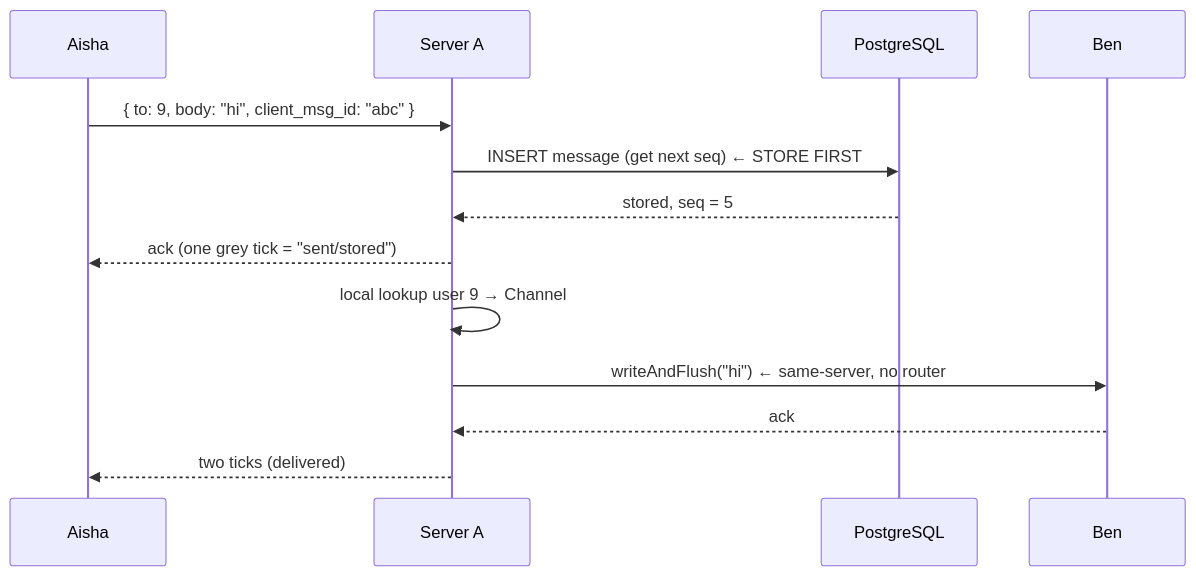
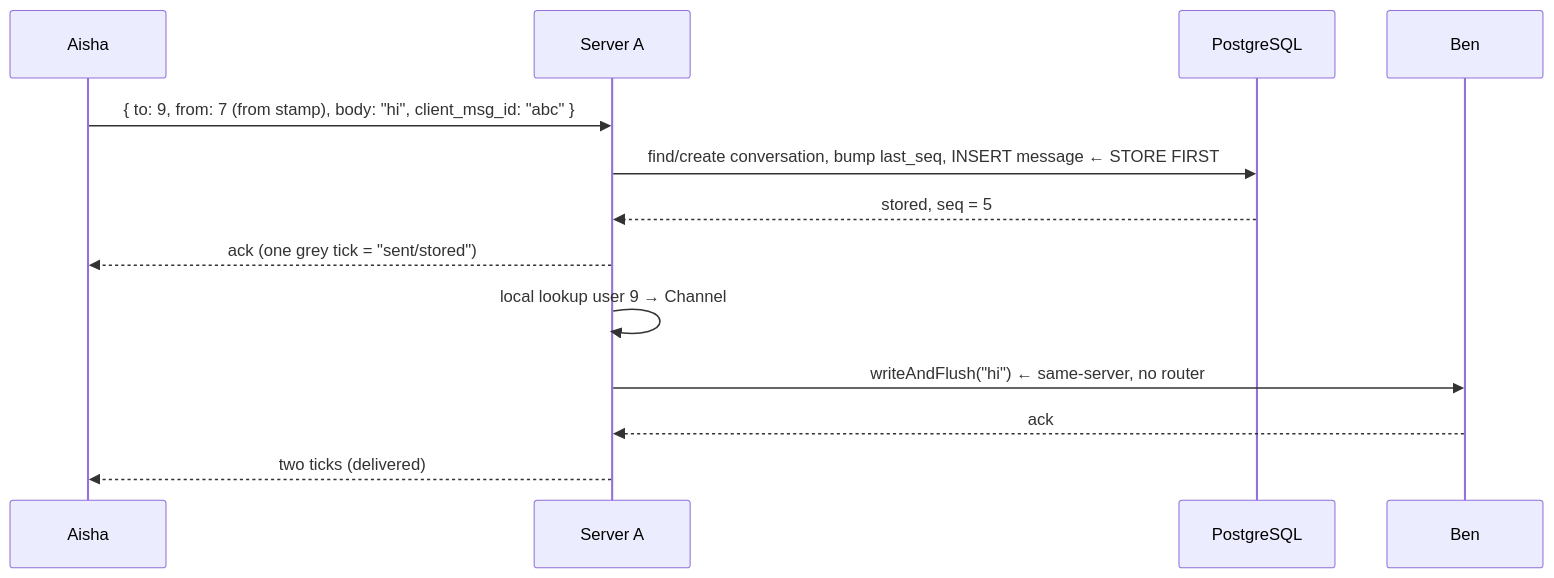
Before and after one commit to psquared-dev/java-questions: the second of 4 diagrams in system-design/new/04. whatsapp.md, drawn with Mermaid. The commit also changed other lines of this file, not shown here.

````diff
--- a/system-design/new/04. whatsapp.md
+++ b/system-design/new/04. whatsapp.md
@@ -316,15 +406,15 @@
 ```mermaid
 sequenceDiagram
     participant Aisha
     participant A as Server A
     participant PG as PostgreSQL
     participant Ben
-    Aisha ->> A: { to: 9, body: "hi", client_msg_id: "abc" }
-    A ->> PG: INSERT message (get next seq) ← STORE FIRST
+    Aisha ->> A: { to: 9, from: 7 (from stamp), body: "hi", client_msg_id: "abc" }
+    A ->> PG: find/create conversation, bump last_seq, INSERT message ← STORE FIRST
     PG -->> A: stored, seq = 5
     A -->> Aisha: ack (one grey tick = "sent/stored")
     A ->> A: local lookup user 9 → Channel
     A ->> Ben: writeAndFlush("hi") ← same-server, no router
     Ben -->> A: ack
     A -->> Aisha: two ticks (delivered)
 ```
````
